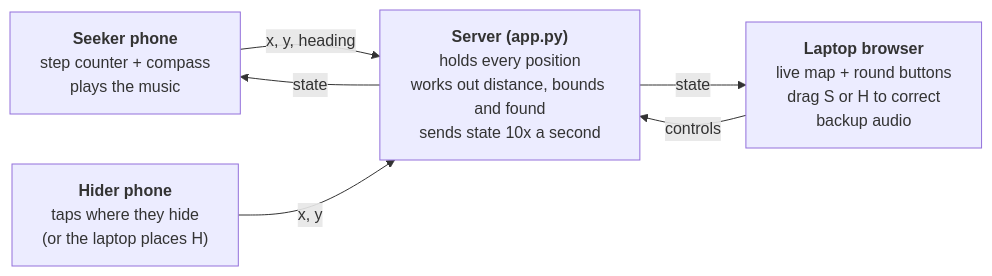
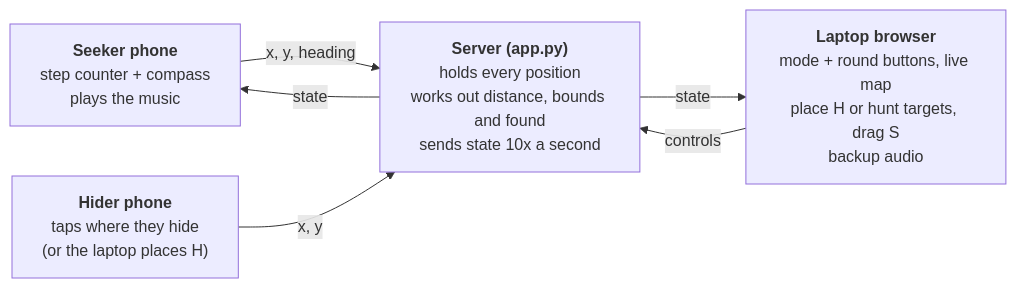
Before and after one commit to f4yb/hot-or-cold: the diagram in README.md, drawn with Mermaid. The commit also changed other lines of this file, not shown here.

````diff
--- a/README.md
+++ b/README.md
@@ -21,13 +26,13 @@
 ```mermaid
 flowchart LR
     Seeker["<b>Seeker phone</b><br/>step counter + compass<br/>plays the music"]
     Hider["<b>Hider phone</b><br/>taps where they hide<br/>(or the laptop places H)"]
     Server["<b>Server (app.py)</b><br/>holds every position<br/>works out distance, bounds and found<br/>sends state 10x a second"]
-    Laptop["<b>Laptop browser</b><br/>live map + round buttons<br/>drag S or H to correct<br/>backup audio"]
+    Laptop["<b>Laptop browser</b><br/>mode + round buttons, live map<br/>place H or hunt targets, drag S<br/>backup audio"]
 
     Seeker -- "x, y, heading" --> Server
     Server -- "state" --> Seeker
     Hider -- "x, y" --> Server
     Server -- "state" --> Laptop
     Laptop -- "controls" --> Server
 ```
````
